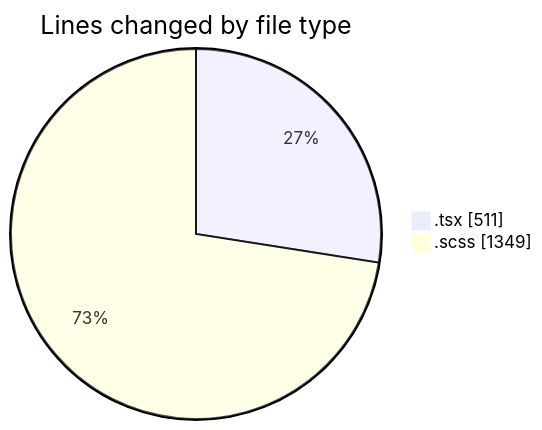
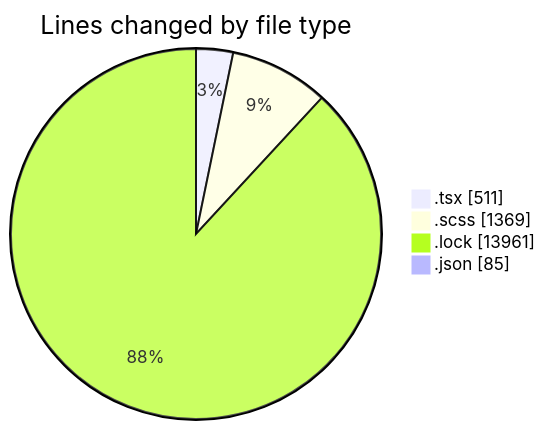
Before and after one commit to momahboobian/code-tracking: the first of 2 diagrams in 2026-02-23/cda/README.md, drawn with Mermaid. The commit also changed other lines of this file and 1 other file, not shown here.

````diff
--- a/2026-02-23/cda/README.md
+++ b/2026-02-23/cda/README.md
@@ -22,6 +24,8 @@
 ```mermaid
 pie showData
 title Lines changed by file type
 ".tsx" : 511
-".scss" : 1349
+".scss" : 1369
+".lock" : 13961
+".json" : 85
 ```
````
